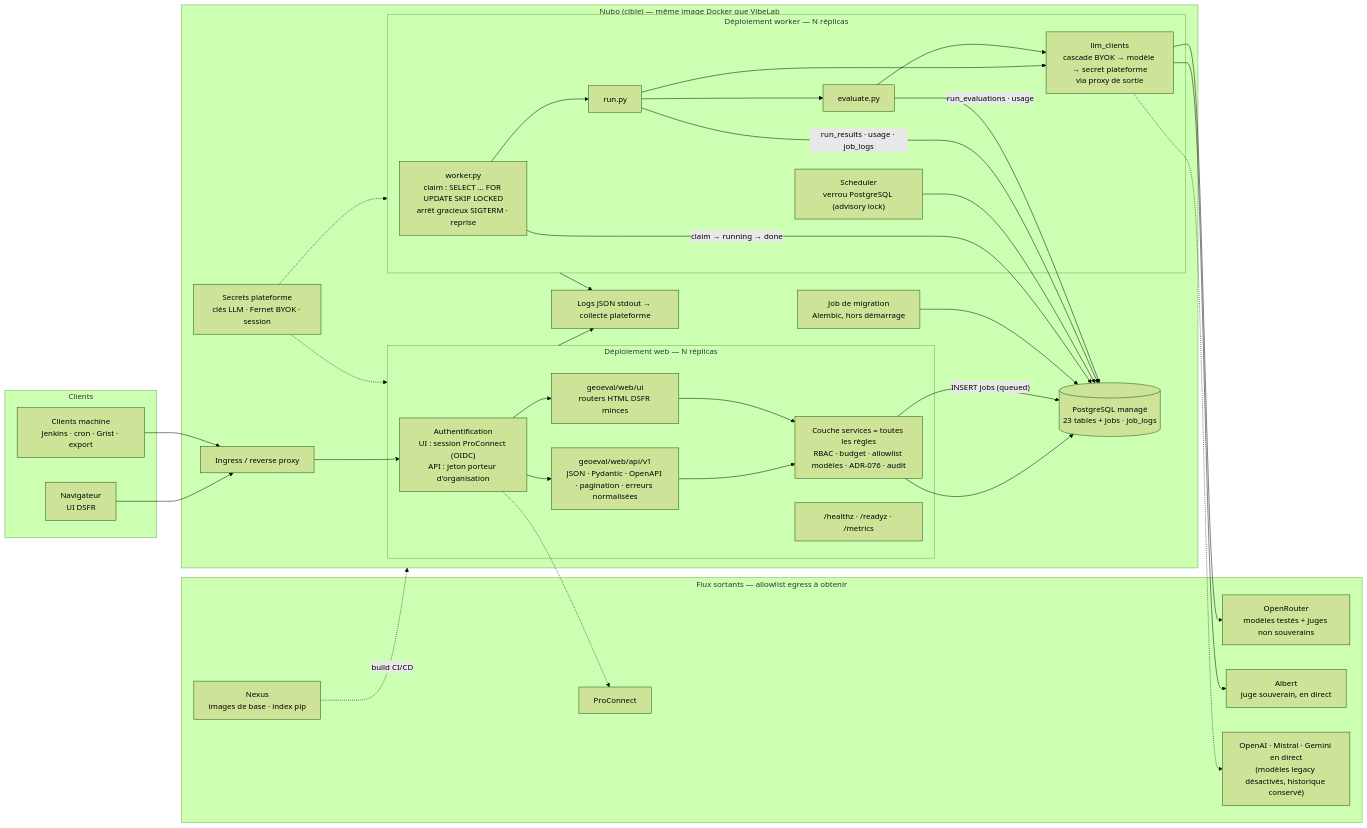
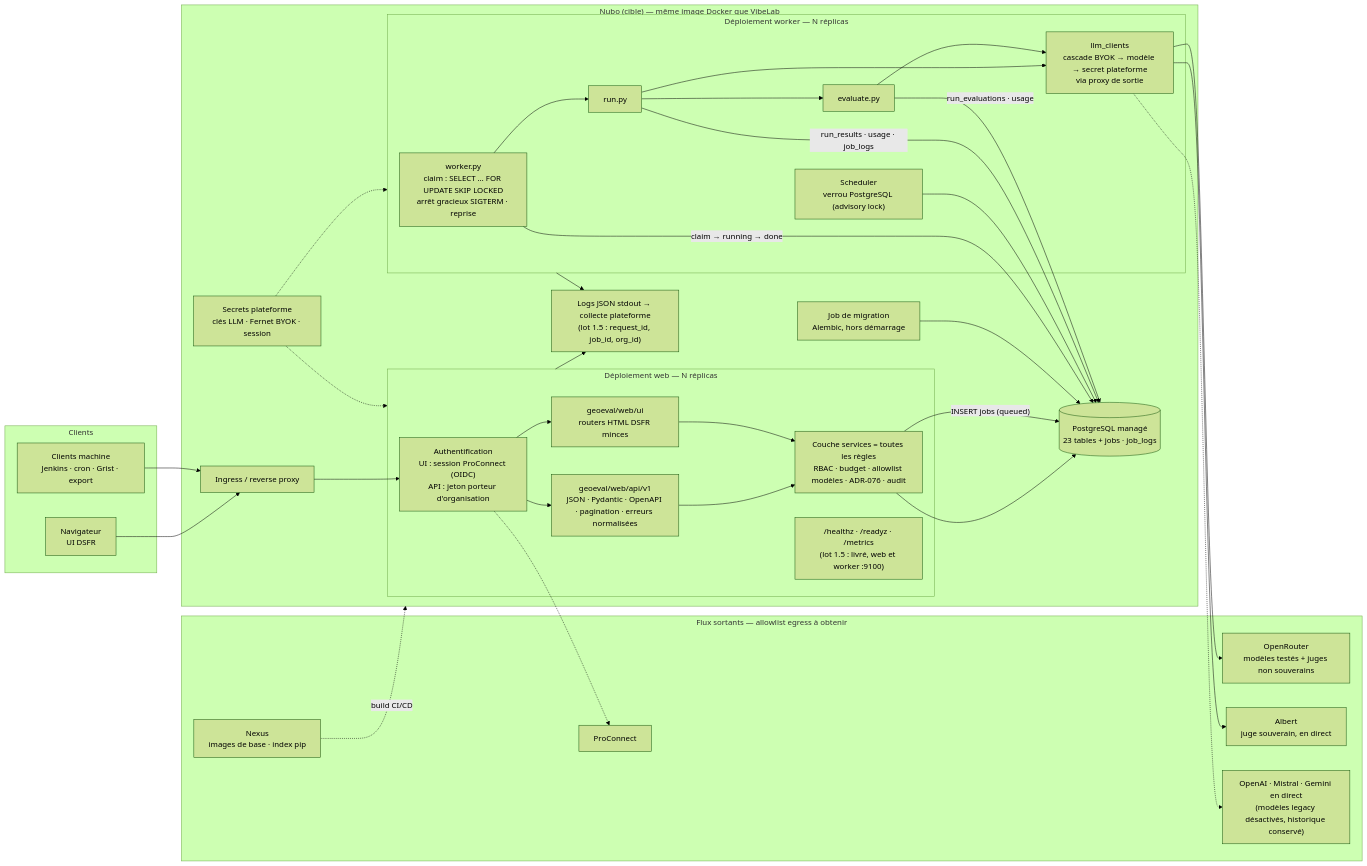
The second of 3 diagrams in docs/architecture.md (bmatge/GEOeval), drawn with Mermaid (forest theme) before and after one commit. The commit also changed 22 other files, not shown here.

First line of the commit message:
feat(obs): logs JSON, sondes de santé et métriques Prometheus (ADR-088 lot 1.5)

````diff
--- a/docs/architecture.md
+++ b/docs/architecture.md
@@ -77,64 +77,64 @@
 ```mermaid
 flowchart LR
   subgraph Clients
     U["Navigateur<br/>UI DSFR"]
     M["Clients machine<br/>Jenkins · cron · Grist · export"]
   end
 
   subgraph Nubo["Nubo (cible) — même image Docker que VibeLab"]
     ING["Ingress / reverse proxy"]
     subgraph WEB["Déploiement web — N réplicas"]
       AUTH["Authentification<br/>UI : session ProConnect (OIDC)<br/>API : jeton porteur d'organisation"]
       API["geoeval/web/api/v1<br/>JSON · Pydantic · OpenAPI · pagination · erreurs normalisées"]
       UI["geoeval/web/ui<br/>routers HTML DSFR minces"]
       SVC["Couche services = toutes les règles<br/>RBAC · budget · allowlist modèles · ADR-076 · audit"]
-      HZ["/healthz · /readyz · /metrics"]
+      HZ["/healthz · /readyz · /metrics<br/>(lot 1.5 : livré, web et worker :9100)"]
     end
     subgraph WK["Déploiement worker — N réplicas"]
       W["worker.py<br/>claim : SELECT … FOR UPDATE SKIP LOCKED<br/>arrêt gracieux SIGTERM · reprise"]
       SCH["Scheduler<br/>verrou PostgreSQL (advisory lock)"]
       RUN["run.py"]
       EVAL["evaluate.py"]
       LLMC["llm_clients<br/>cascade BYOK → modèle → secret plateforme<br/>via proxy de sortie"]
     end
     MIG["Job de migration<br/>Alembic, hors démarrage"]
     DB[("PostgreSQL managé<br/>23 tables + jobs · job_logs")]
     SEC["Secrets plateforme<br/>clés LLM · Fernet BYOK · session"]
-    LOGS["Logs JSON stdout → collecte plateforme"]
+    LOGS["Logs JSON stdout → collecte plateforme<br/>(lot 1.5 : request_id, job_id, org_id)"]
   end
 
   subgraph EXT["Flux sortants — allowlist egress à obtenir"]
     OR["OpenRouter<br/>modèles testés + juges non souverains"]
     ALB["Albert<br/>juge souverain, en direct"]
     LEG["OpenAI · Mistral · Gemini en direct<br/>(modèles legacy désactivés, historique conservé)"]
     PC["ProConnect"]
     NEX["Nexus<br/>images de base · index pip"]
   end
 
   U --> ING
   M --> ING
   ING --> AUTH
   AUTH --> API
   AUTH --> UI
   API --> SVC
   UI --> SVC
   SVC --> DB
   SVC -->|"INSERT jobs (queued)"| DB
   W -->|"claim → running → done"| DB
   SCH --> DB
   W --> RUN --> EVAL
   RUN --> LLMC
   EVAL --> LLMC
   LLMC --> OR
   LLMC --> ALB
   LLMC -.-> LEG
   RUN -->|"run_results · usage · job_logs"| DB
   EVAL -->|"run_evaluations · usage"| DB
   MIG --> DB
   AUTH -.-> PC
   SEC -.-> WEB
   SEC -.-> WK
   WEB --> LOGS
   WK --> LOGS
   NEX -.->|"build CI/CD"| Nubo
 ```
````
